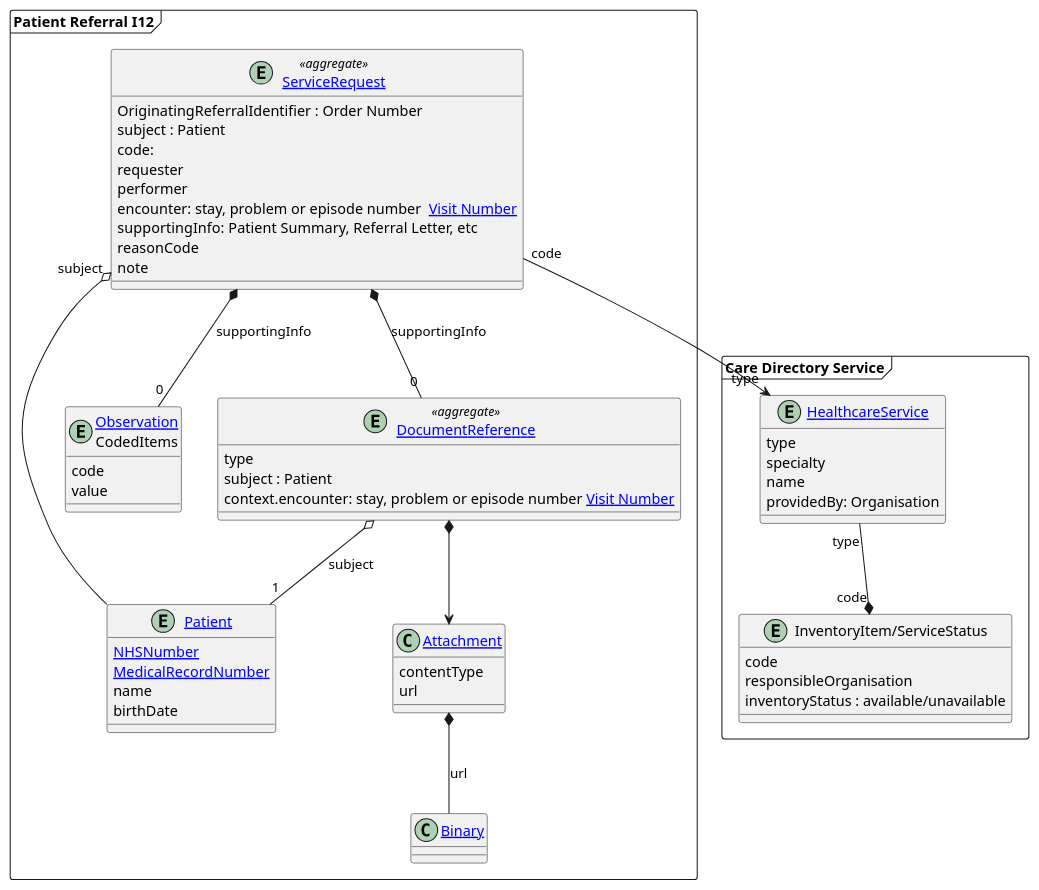
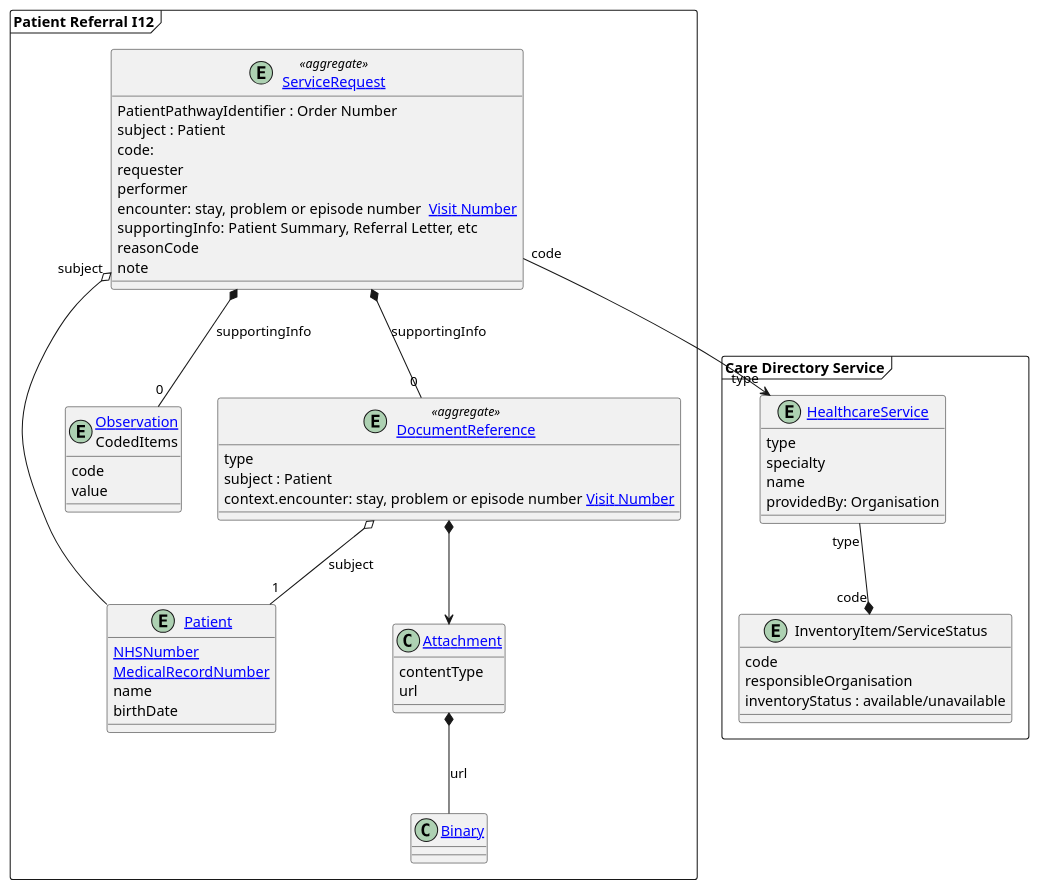
One commit to Virtually-Healthcare/virtually-healthcare.github.com changed the diagram in input/images-source/eReferral-model.plantuml. Above: the diagram before and after it, drawn with PlantUML. The commit also changed 16 other files, not shown here.

```diff
--- a/input/images-source/eReferral-model.plantuml
+++ b/input/images-source/eReferral-model.plantuml
@@ -2,75 +2,75 @@
   @startuml
 
     frame "Patient Referral I12" as Composition {
 
       entity "[[StructureDefinition-ServiceRequest.html ServiceRequest]]" as ORC <<aggregate>> {
-        OriginatingReferralIdentifier : Order Number
+        PatientPathwayIdentifier : Order Number
         subject : Patient
         code:
         requester
         performer
-        encounter: stay, problem or episode number  [[StructureDefinition-VisitNumber.html Visit Number]]
+        encounter: stay, problem or episode number  [[StructureDefinition-HospitalProviderSpellIdentifier.html Visit Number]]
         supportingInfo: Patient Summary, Referral Letter, etc
         reasonCode
         note
       }
 
       entity "[[StructureDefinition-Patient.html Patient]]" as PID {
         [[StructureDefinition-NHSNumber.html NHSNumber]]
         [[StructureDefinition-MedicalRecordNumber.html MedicalRecordNumber]]
         name
         birthDate
       }
 
       entity "[[StructureDefinition-Observation.html Observation]]\nCodedItems" as Observation {
         code
         value
       }
 
       entity "[[StructureDefinition-DocumentReference.html DocumentReference]]" as documentReference <<aggregate>> {
         type
         subject : Patient
-        context.encounter: stay, problem or episode number [[StructureDefinition-VisitNumber.html Visit Number]]
+        context.encounter: stay, problem or episode number [[StructureDefinition-HospitalProviderSpellIdentifier.html Visit Number]]
       }
 
       class "[[StructureDefinition-NWAttachment.html Attachment]]" as attachment {
         contentType
         url
       }
 
       class "[[StructureDefinition-Binary.html Binary]]" as binary
 
       ORC "subject" o-- PID
 
       ORC *-- "0" documentReference: supportingInfo
       ORC *-- "0" Observation: supportingInfo
 
       documentReference o-- "1" PID : subject
       documentReference *-d-> attachment
 
       attachment *-- binary : url
 
 
     }
     frame "Care Directory Service" as mcsd {
 
       entity "[[StructureDefinition-HealthcareService.html HealthcareService]]" as HealthcareService {
         type
         specialty
         name
         providedBy: Organisation
       }
 
       entity "InventoryItem/ServiceStatus" as InventoryItem {
         code
         responsibleOrganisation
         inventoryStatus : available/unavailable
       }
 
       HealthcareService "type" --* "code" InventoryItem
 
     }
 
     ORC "code" --> "type" HealthcareService
 
   @enduml
```
